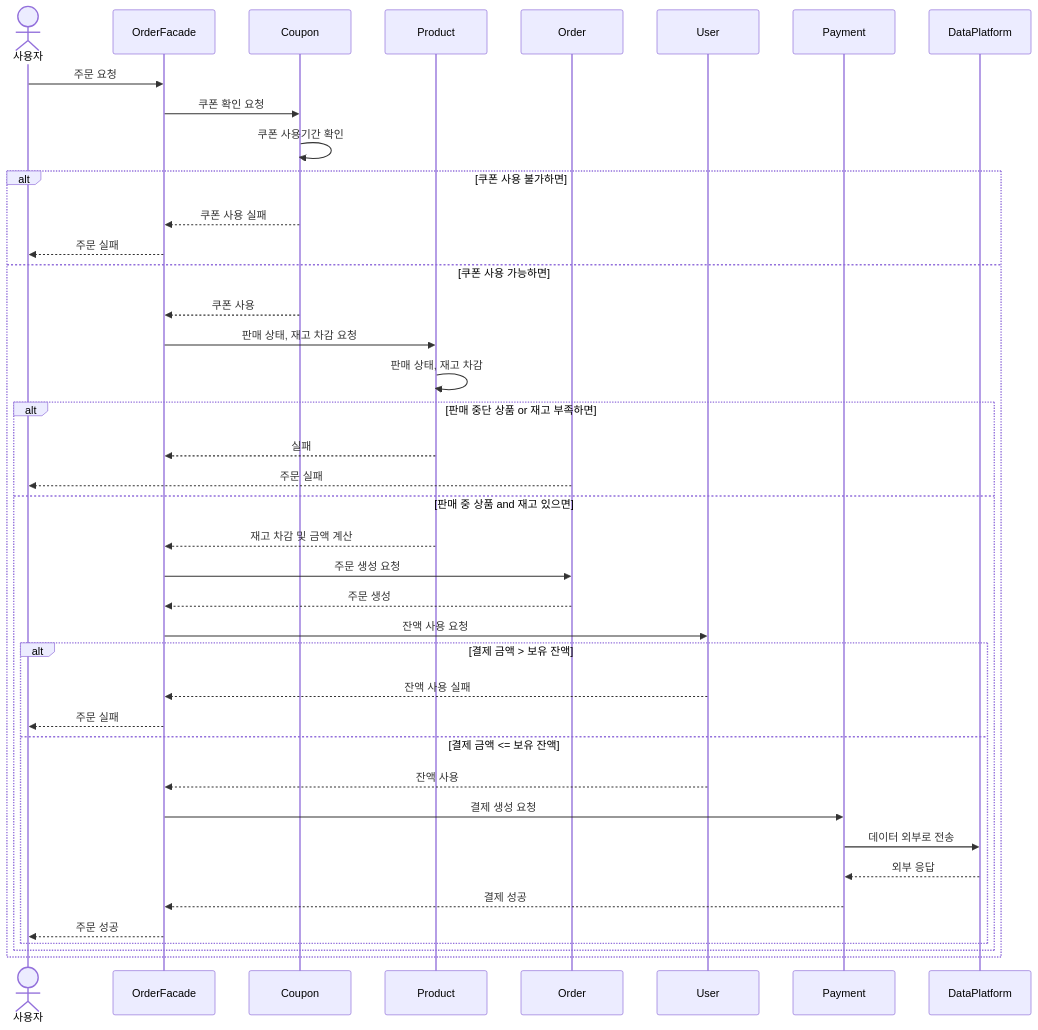
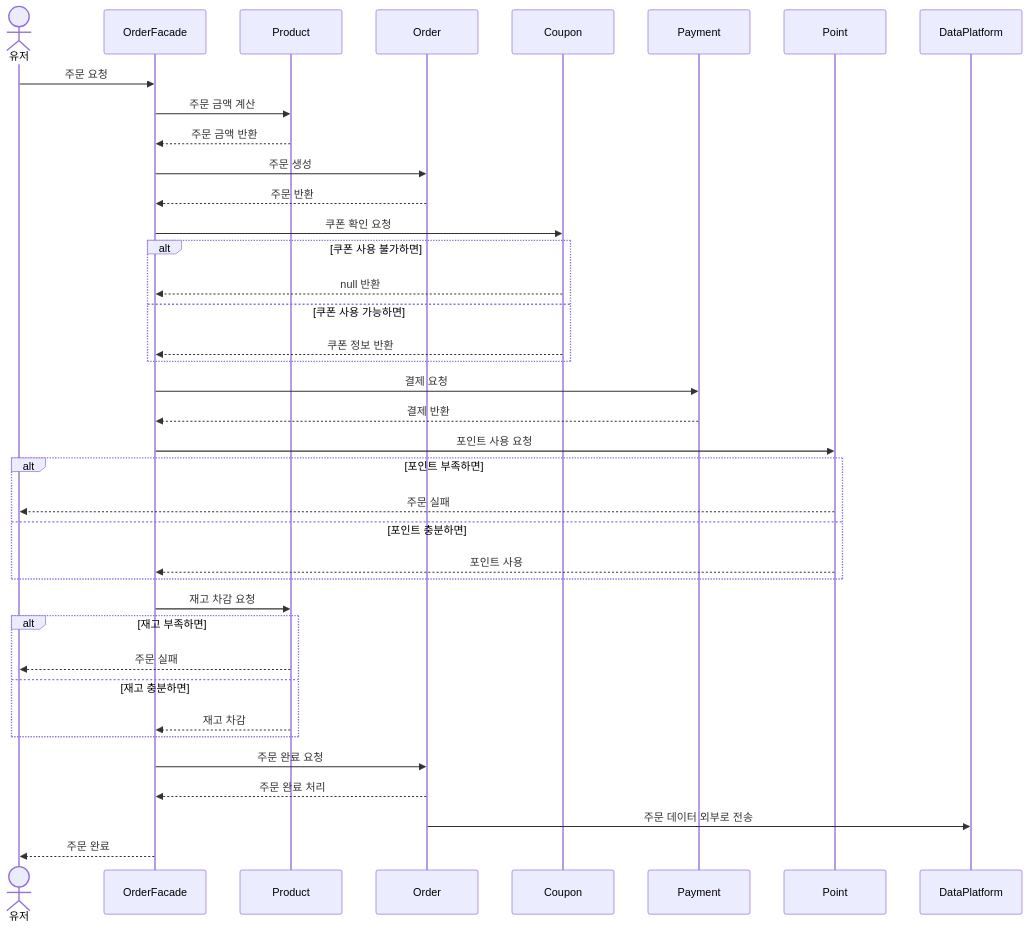
The fourth of 5 diagrams in docs/SequenceDiagram/SequenceDiagram.md (ahdrn2016/hhplus-ecommerce), drawn with Mermaid before and after one commit. The commit also changed other lines of this file and 1 other file, not shown here.

Commit message:
Docs: ERD, Sequence 수정

````diff
--- a/docs/SequenceDiagram/SequenceDiagram.md
+++ b/docs/SequenceDiagram/SequenceDiagram.md
@@ -60,44 +58,42 @@
 ```mermaid
 sequenceDiagram
-    actor I as 사용자
+    actor I as 유저
     participant OrderFacade as OrderFacade
-    participant Coupon as Coupon
     participant Product as Product
     participant Order as Order
-    participant User as User
+    participant Coupon as Coupon
     participant Payment as Payment
+    participant Point as Point
     participant DataPlatform as DataPlatform
-
+    
     I ->> OrderFacade : 주문 요청
+    OrderFacade ->> Product : 주문 금액 계산
+    Product -->> OrderFacade : 주문 금액 반환
+    OrderFacade ->> Order : 주문 생성
+    Order -->> OrderFacade : 주문 반환
     OrderFacade ->> Coupon : 쿠폰 확인 요청
-    Coupon ->> Coupon : 쿠폰 사용기간 확인
-    alt 쿠폰 사용 불가하면
-        Coupon -->> OrderFacade : 쿠폰 사용 실패
-        OrderFacade -->> I : 주문 실패
-    else 쿠폰 사용 가능하면
-        Coupon -->> OrderFacade : 쿠폰 사용
-        OrderFacade ->> Product : 판매 상태, 재고 차감 요청
-        Product ->> Product : 판매 상태, 재고 차감
-        alt 판매 중단 상품 or 재고 부족하면
-            Product -->> OrderFacade : 실패
-            Order -->> I : 주문 실패
-        else 판매 중 상품 and 재고 있으면
-            Product -->> OrderFacade : 재고 차감 및 금액 계산
-            OrderFacade ->> Order : 주문 생성 요청
-            Order -->> OrderFacade : 주문 생성
-            OrderFacade ->> User : 잔액 사용 요청
-            alt 결제 금액 > 보유 잔액
-                User -->> OrderFacade : 잔액 사용 실패
-                OrderFacade -->> I : 주문 실패
-            else 결제 금액 <= 보유 잔액
-                User -->> OrderFacade : 잔액 사용
-                OrderFacade ->> Payment : 결제 생성 요청
-                Payment ->> DataPlatform : 데이터 외부로 전송
-                DataPlatform -->> Payment : 외부 응답
-                Payment -->> OrderFacade : 결제 성공
-                OrderFacade -->> I : 주문 성공
-            end
+        alt 쿠폰 사용 불가하면
+            Coupon -->> OrderFacade : null 반환
+        else 쿠폰 사용 가능하면
+            Coupon -->> OrderFacade : 쿠폰 정보 반환
         end
-    end
+    OrderFacade ->> Payment : 결제 요청
+    Payment -->> OrderFacade : 결제 반환
+    OrderFacade ->> Point : 포인트 사용 요청
+        alt 포인트 부족하면
+            Point -->> I : 주문 실패
+        else 포인트 충분하면
+            Point -->> OrderFacade : 포인트 사용
+        end
+    OrderFacade ->> Product : 재고 차감 요청
+        alt 재고 부족하면
+            Product -->> I : 주문 실패
+        else 재고 충분하면
+            Product -->> OrderFacade : 재고 차감
+        end
+    OrderFacade ->> Order : 주문 완료 요청
+    Order -->> OrderFacade : 주문 완료 처리
+    Order ->> DataPlatform : 주문 데이터 외부로 전송
+    OrderFacade -->> I : 주문 완료
     
 ```
````
